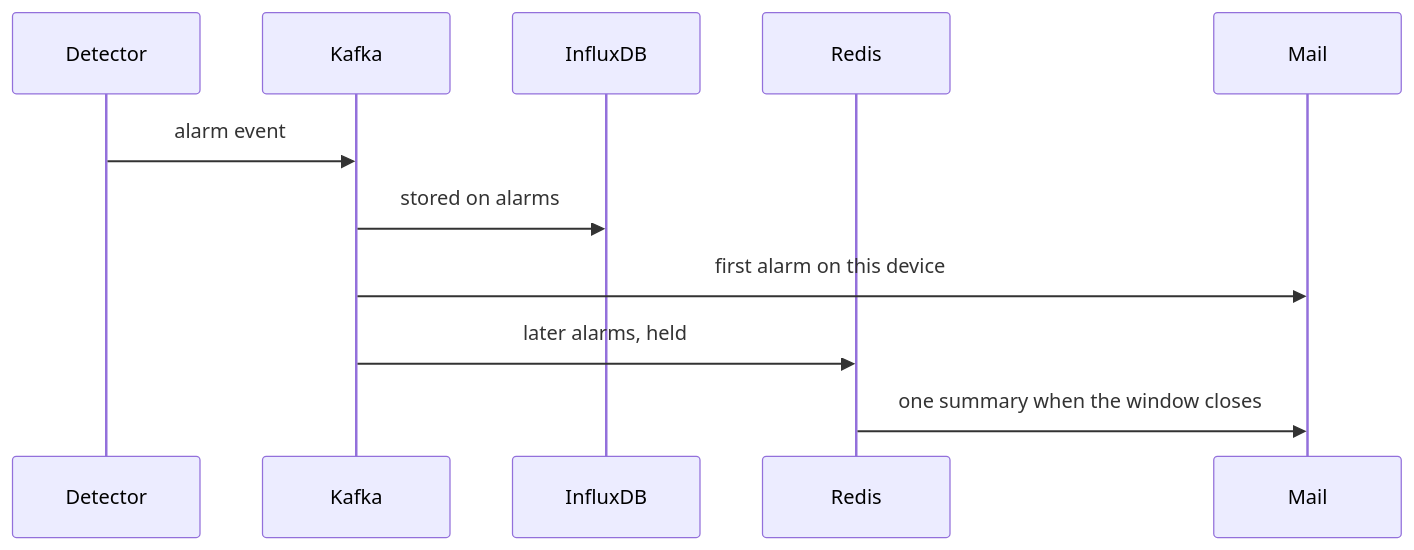
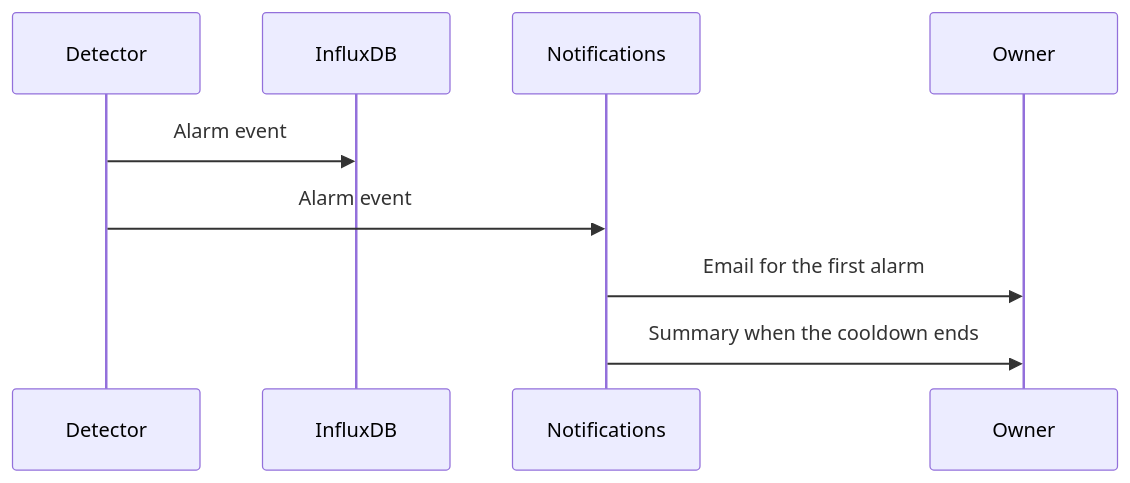
Before and after one commit to sensical-coop/mesh-things-apps: the diagram in apps/web/content/docs/en/quality.mdx, drawn with Mermaid. The commit also changed other lines of this file and 27 other files, not shown here.

````diff
--- a/apps/web/content/docs/en/quality.mdx
+++ b/apps/web/content/docs/en/quality.mdx
@@ -10,13 +10,11 @@
 ```mermaid
 sequenceDiagram
   participant Detector
-  participant Kafka
-  participant Influx as InfluxDB
-  participant Redis
-  participant Mail
-  Detector->>Kafka: alarm event
-  Kafka->>Influx: stored on alarms
-  Kafka->>Mail: first alarm on this device
-  Kafka->>Redis: later alarms, held
-  Redis->>Mail: one summary when the window closes
+  participant Store as InfluxDB
+  participant Notifier as Notifications
+  participant Owner
+  Detector->>Store: Alarm event
+  Detector->>Notifier: Alarm event
+  Notifier->>Owner: Email for the first alarm
+  Notifier->>Owner: Summary when the cooldown ends
 ```
````
